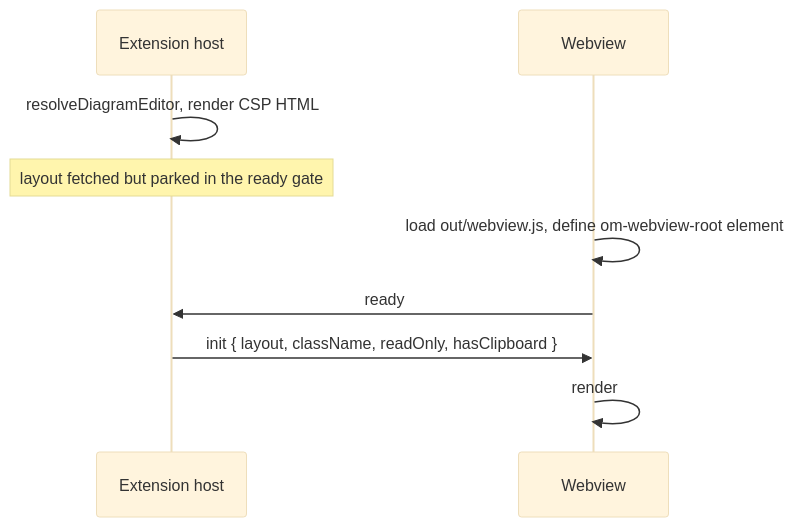
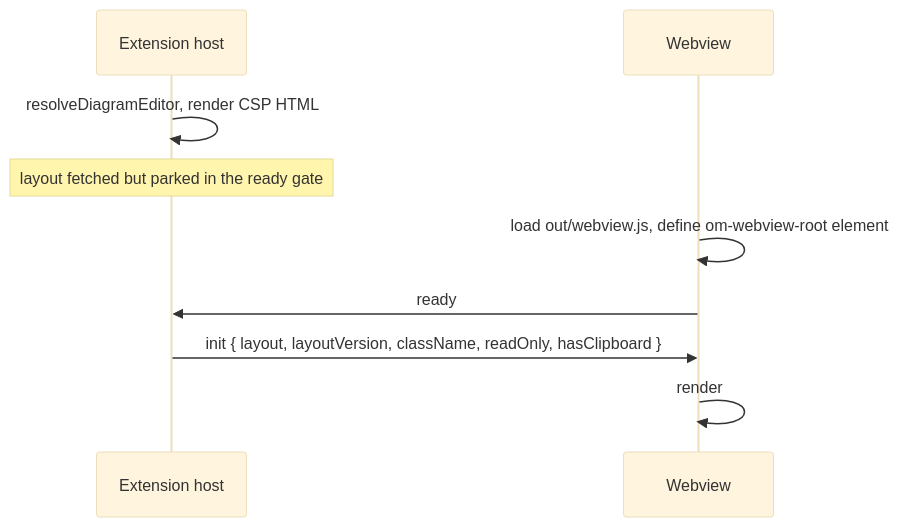
One commit to dicode-ayo/modelica-wrapper changed the third of 3 diagrams in docs/protocol.md. Above: the diagram before and after it, drawn with Mermaid (base theme). The commit also changed other lines of this file and 8 other files, not shown here.

First line of the commit message:
fix(diagram): version layout pushes so a report raised against a superseded base cannot delete a fresh component (#513)

````diff
--- a/docs/protocol.md
+++ b/docs/protocol.md
@@ -242,12 +242,12 @@
 ```mermaid
 sequenceDiagram
     participant H as Extension host
     participant W as Webview
 
     H->>H: resolveDiagramEditor, render CSP HTML
     Note over H: layout fetched but parked in the ready gate
     W->>W: load out/webview.js, define om-webview-root element
     W->>H: ready
-    H->>W: init { layout, className, readOnly, hasClipboard }
+    H->>W: init { layout, layoutVersion, className, readOnly, hasClipboard }
     W->>W: render
 ```
````
